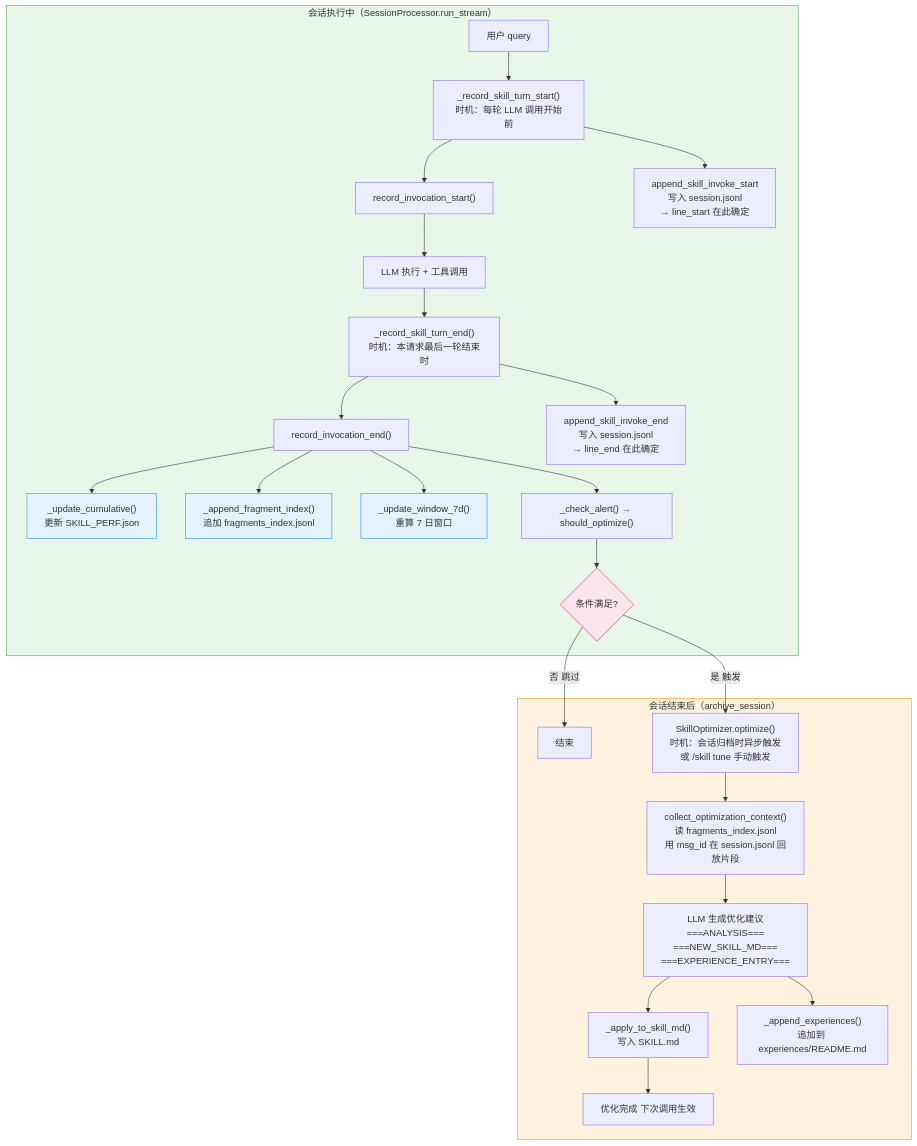
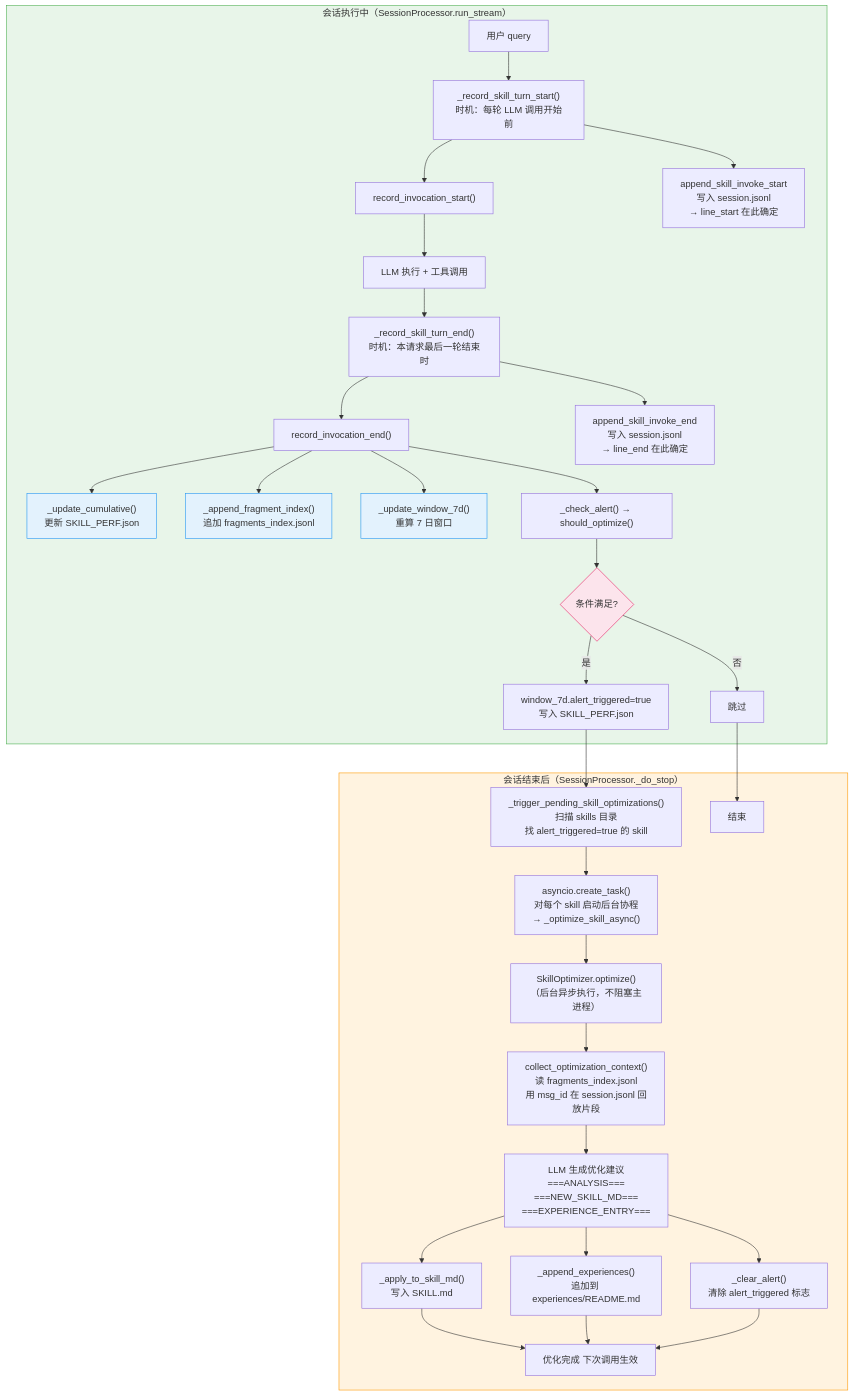
Before and after one commit to LB-Young/Auton: the first of 4 diagrams in docs/explain/skill-tuning.md, drawn with Mermaid. The commit also changed other lines of this file and 15 other files, not shown here.

````diff
--- a/docs/explain/skill-tuning.md
+++ b/docs/explain/skill-tuning.md
@@ -22,36 +22,43 @@
 ```mermaid
 flowchart TB
     subgraph SESSION["会话执行中（SessionProcessor.run_stream）"]
         A[用户 query] --> B["_record_skill_turn_start()\n时机：每轮 LLM 调用开始前"]
         B --> C["record_invocation_start()"]
         B --> D["append_skill_invoke_start\n写入 session.jsonl\n→ line_start 在此确定"]
         C --> E[LLM 执行 + 工具调用]
         E --> F["_record_skill_turn_end()\n时机：本请求最后一轮结束时"]
         F --> G["record_invocation_end()"]
         F --> H["append_skill_invoke_end\n写入 session.jsonl\n→ line_end 在此确定"]
         G --> I["_update_cumulative()\n更新 SKILL_PERF.json"]
         G --> J["_append_fragment_index()\n追加 fragments_index.jsonl"]
         G --> K["_update_window_7d()\n重算 7 日窗口"]
         G --> L["_check_alert() → should_optimize()"]
         L --> M{条件满足?}
+        M -->|是| M1["window_7d.alert_triggered=true\n写入 SKILL_PERF.json"]
+        M -->|否| M2["跳过"]
     end
 
-    subgraph AFTER["会话结束后（archive_session）"]
-        M -->|否 跳过| Z[结束]
-        M -->|是 触发| N["SkillOptimizer.optimize()\n时机：会话归档时异步触发\n或 /skill tune 手动触发"]
-        N --> O["collect_optimization_context()\n读 fragments_index.jsonl\n用 msg_id 在 session.jsonl 回放片段"]
-        O --> P["LLM 生成优化建议\n===ANALYSIS===\n===NEW_SKILL_MD===\n===EXPERIENCE_ENTRY==="]
-        P --> Q["_apply_to_skill_md()\n写入 SKILL.md"]
-        P --> R["_append_experiences()\n追加到 experiences/README.md"]
-        Q --> S[优化完成 下次调用生效]
+    subgraph AFTER["会话结束后（SessionProcessor._do_stop）"]
+        M1 --> N["_trigger_pending_skill_optimizations()\n扫描 skills 目录\n找 alert_triggered=true 的 skill"]
+        N --> O["asyncio.create_task()\n对每个 skill 启动后台协程\n→ _optimize_skill_async()"]
+        O --> P["SkillOptimizer.optimize()\n（后台异步执行，不阻塞主进程）"]
+        M2 --> Z[结束]
+        P --> Q["collect_optimization_context()\n读 fragments_index.jsonl\n用 msg_id 在 session.jsonl 回放片段"]
+        Q --> R["LLM 生成优化建议\n===ANALYSIS===\n===NEW_SKILL_MD===\n===EXPERIENCE_ENTRY==="]
+        R --> S["_apply_to_skill_md()\n写入 SKILL.md"]
+        R --> T["_append_experiences()\n追加到 experiences/README.md"]
+        R --> U["_clear_alert()\n清除 alert_triggered 标志"]
+        S --> V[优化完成 下次调用生效]
+        T --> V
+        U --> V
     end
 
     classDef sessionFill fill:#e8f5e9,stroke:#4caf50
     classDef afterFill fill:#fff3e0,stroke:#ff9800
     classDef writeFill fill:#e3f2fd,stroke:#2196f3
     classDef triggerFill fill:#fce4ec,stroke:#e91e63
     class SESSION sessionFill
     class AFTER afterFill
     class I,J,K writeFill
     class M triggerFill
 ```
````
